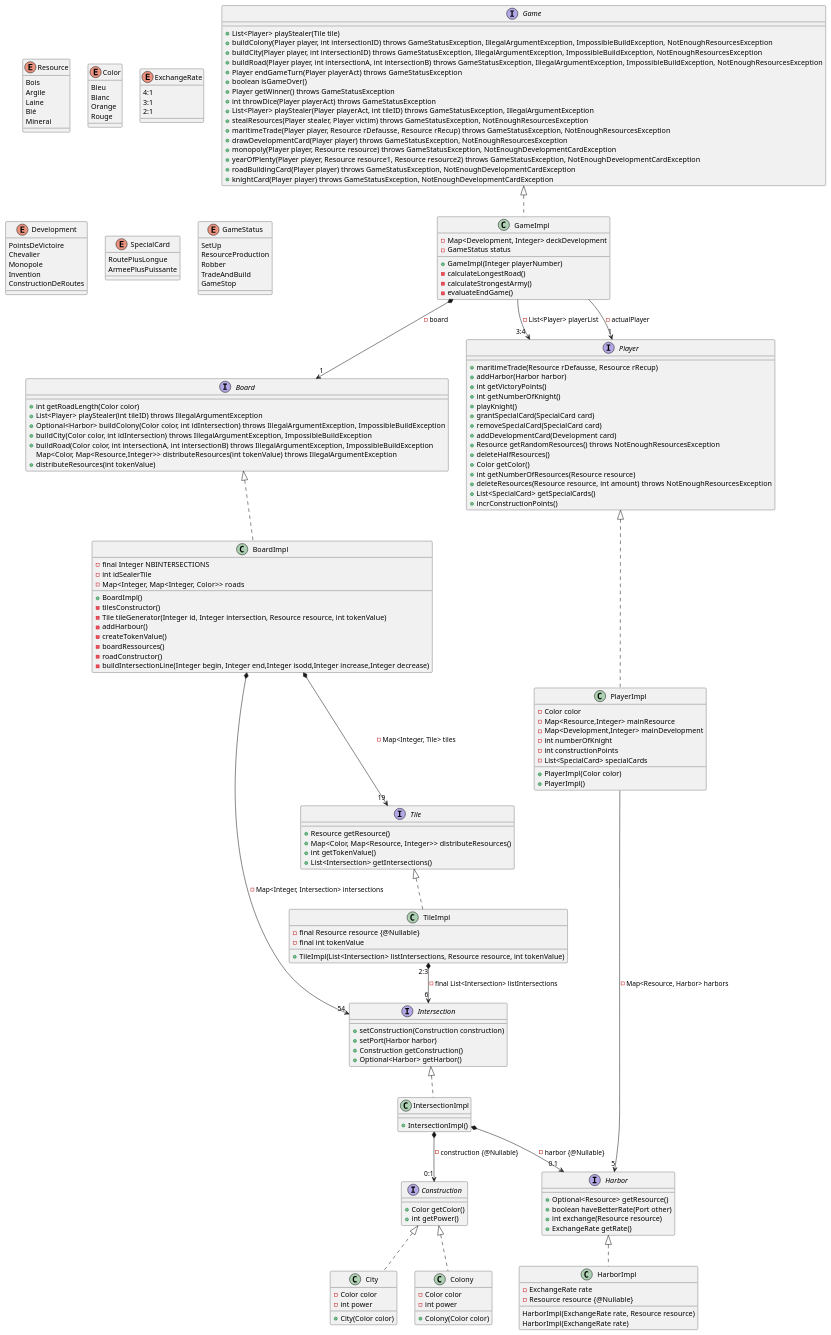
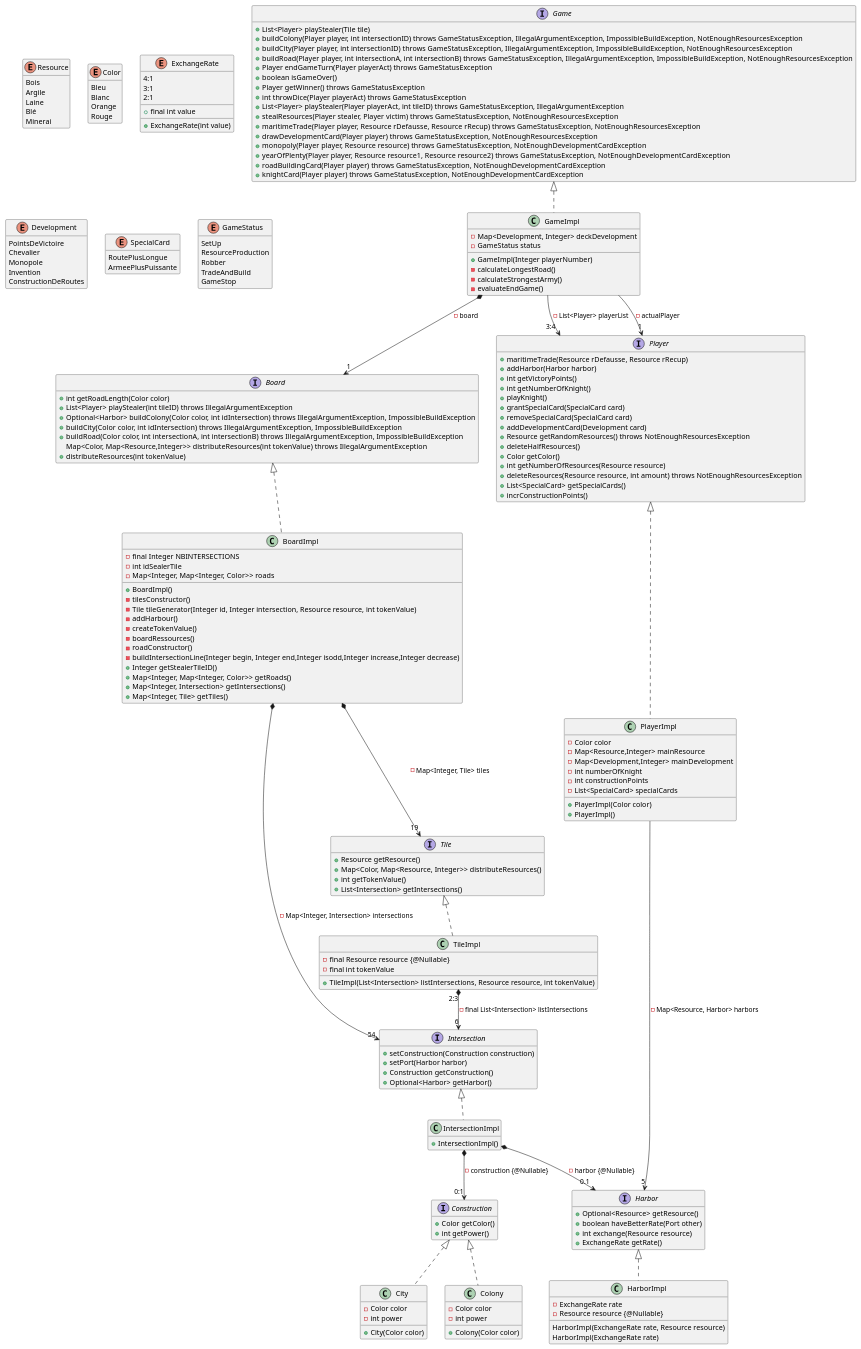
The diagram in catan-doc/modules/conception/examples/gameClassDiag.plantuml (Lapin-Obez/colon_de_catane), drawn with PlantUML before and after one commit. The commit also changed 1 other file, not shown here.

Commit message:
Derniers ajouts dans le diagramme de classe

```diff
--- a/catan-doc/modules/conception/examples/gameClassDiag.plantuml
+++ b/catan-doc/modules/conception/examples/gameClassDiag.plantuml
@@ -18,6 +18,10 @@
     4:1
     3:1
     2:1
+    __
+    + final int value
+    __
+    + ExchangeRate(int value)
 }
 
 enum Development {
@@ -93,6 +97,10 @@
     - boardRessources()
     - roadConstructor()
     - buildIntersectionLine(Integer begin, Integer end,Integer isodd,Integer increase,Integer decrease)
+    + Integer getStealerTileID()
+    + Map<Integer, Map<Integer, Color>> getRoads()
+    + Map<Integer, Intersection> getIntersections()
+    + Map<Integer, Tile> getTiles()
 }
 
 interface Harbor {
@@ -207,4 +215,6 @@
 GameImpl --> "1" Player : - actualPlayer
 
 PlayerImpl --> "5" Harbor : - Map<Resource, Harbor> harbors
+
+hide empty members
 @enduml
```
